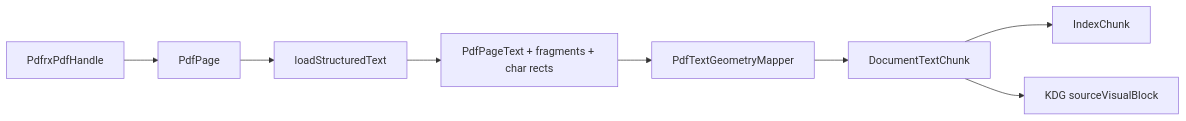
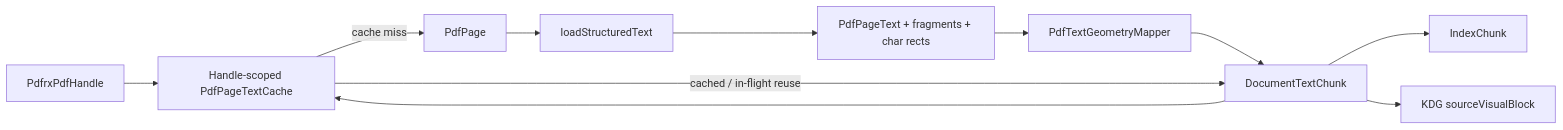
One commit to aaditya140103/kola changed the fourth of 16 diagrams in docs/PROJECT_GRAPH.md. Above: the diagram before and after it, drawn with Mermaid. The commit also changed other lines of this file, not shown here.

Commit message:
docs: add handle-scoped PDF text cache to project graph

````diff
--- a/docs/PROJECT_GRAPH.md
+++ b/docs/PROJECT_GRAPH.md
@@ -70,15 +70,19 @@
 ```mermaid
 flowchart LR
     Handle[PdfrxPdfHandle]
+    Cache[Handle-scoped PdfPageTextCache]
     Page[PdfPage]
     Structured[loadStructuredText]
     Pdfrx[PdfPageText + fragments + char rects]
     Mapper[PdfTextGeometryMapper]
     Kola[DocumentTextChunk]
     Index[IndexChunk]
     Graph[KDG sourceVisualBlock]
 
-    Handle --> Page --> Structured --> Pdfrx --> Mapper --> Kola
+    Handle --> Cache
+    Cache -- cache miss --> Page --> Structured --> Pdfrx --> Mapper --> Kola
+    Kola --> Cache
+    Cache -- cached / in-flight reuse --> Kola
     Kola --> Index
     Kola --> Graph
 ```
````
